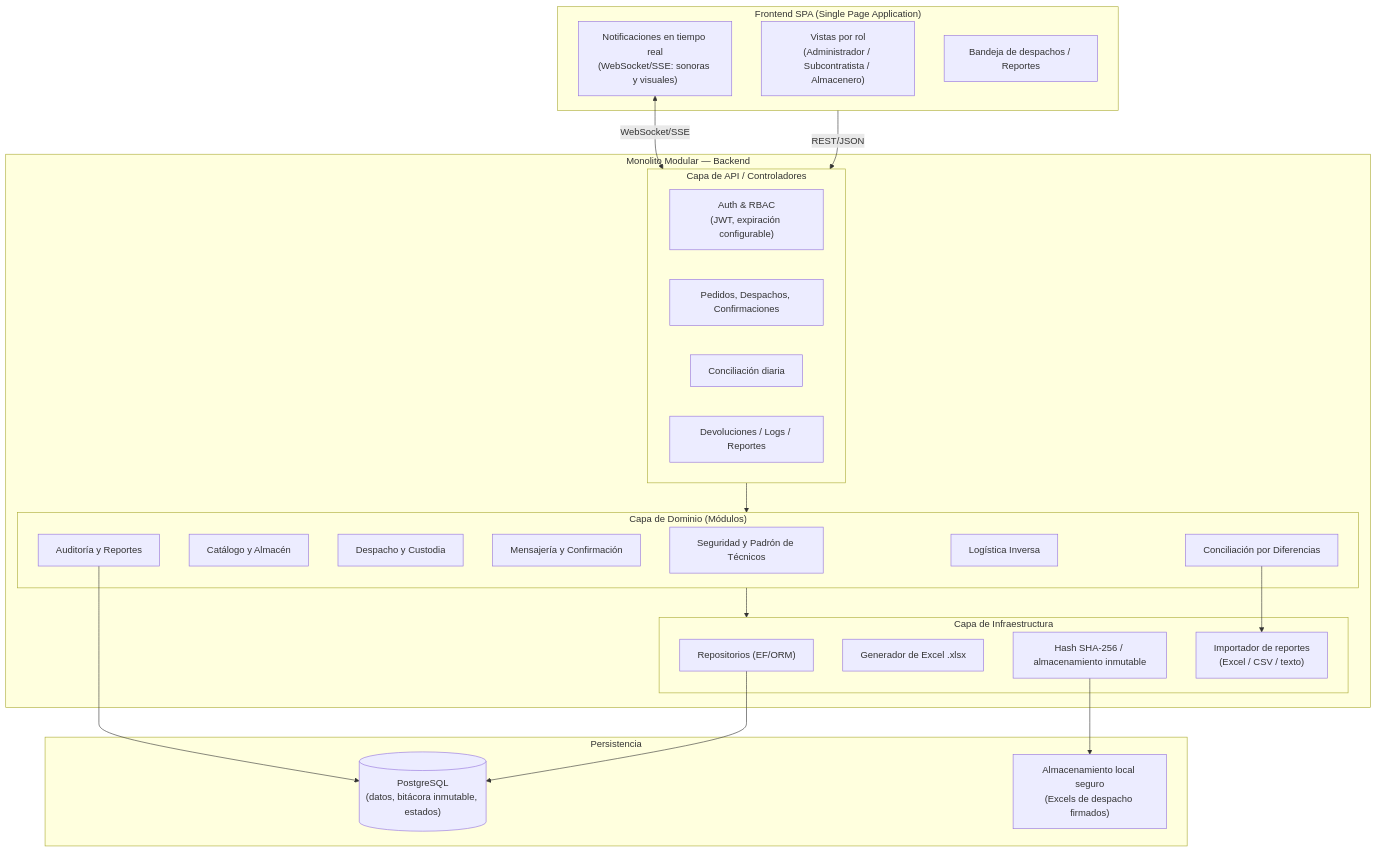
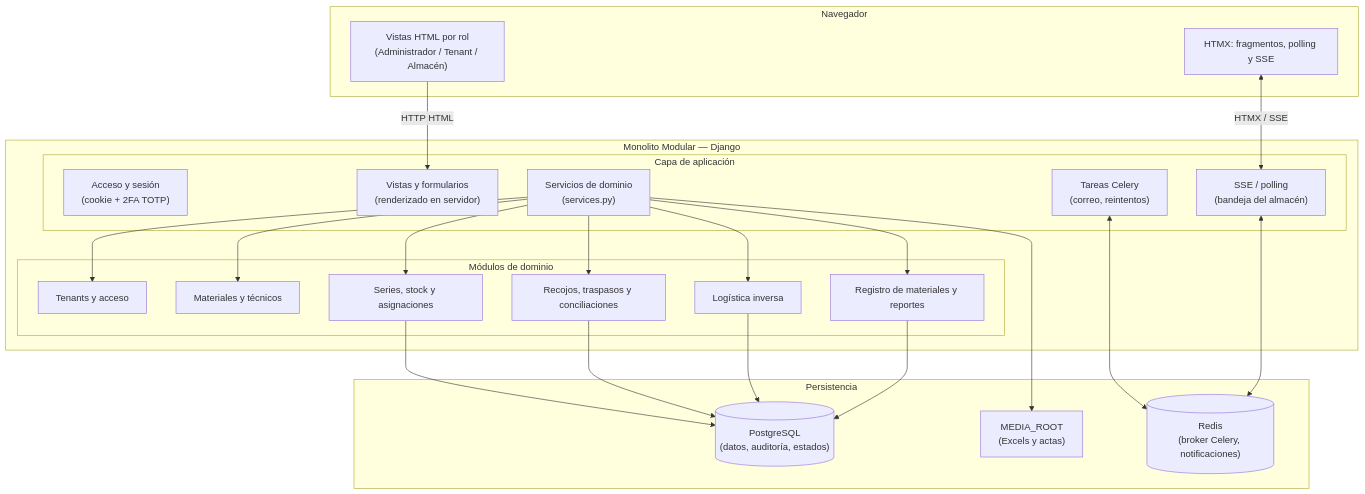
One commit to Klidsman/Lari_sistema-arquitSoft-02-Klidsman changed the diagram in docs/02-arquitectura-software/arquitectura.md. Above: the diagram before and after it, drawn with Mermaid. The commit also changed other lines of this file and 4 other files, not shown here.

````diff
--- a/docs/02-arquitectura-software/arquitectura.md
+++ b/docs/02-arquitectura-software/arquitectura.md
@@ -5,48 +5,48 @@
 ```mermaid
 flowchart TB
-    subgraph SPA["Frontend SPA (Single Page Application)"]
-        V1["Vistas por rol<br/>(Administrador / Subcontratista / Almacenero)"]
-        V2["Notificaciones en tiempo real<br/>(WebSocket/SSE: sonoras y visuales)"]
-        V3["Bandeja de despachos / Reportes"]
+    subgraph Cliente["Navegador"]
+        V1["Vistas HTML por rol<br/>(Administrador / Tenant / Almacén)"]
+        V2["HTMX: fragmentos, polling y SSE"]
     end
 
-    subgraph Monolito["Monolito Modular — Backend"]
-        subgraph API["Capa de API / Controladores"]
-            C1["Auth & RBAC<br/>(JWT, expiración configurable)"]
-            C2["Pedidos, Despachos, Confirmaciones"]
-            C3["Conciliación diaria"]
-            C4["Devoluciones / Logs / Reportes"]
+    subgraph Monolito["Monolito Modular — Django"]
+        subgraph Aplicacion["Capa de aplicación"]
+            C1["Acceso y sesión<br/>(cookie + 2FA TOTP)"]
+            C2["Vistas y formularios<br/>(renderizado en servidor)"]
+            C3["Servicios de dominio<br/>(services.py)"]
+            C4["Tareas Celery<br/>(correo, reintentos)"]
+            C5["SSE / polling<br/>(bandeja del almacén)"]
         end
 
-        subgraph Dominio["Capa de Dominio (Módulos)"]
-            M1["Seguridad y Padrón de Técnicos"]
-            M2["Catálogo y Almacén"]
-            M3["Despacho y Custodia"]
-            M4["Mensajería y Confirmación"]
-            M5["Conciliación por Diferencias"]
-            M6["Logística Inversa"]
-            M7["Auditoría y Reportes"]
-        end
-
-        subgraph Infra["Capa de Infraestructura"]
-            R1["Repositorios (EF/ORM)"]
-            R2["Generador de Excel .xlsx"]
-            R3["Hash SHA-256 / almacenamiento inmutable"]
-            R4["Importador de reportes<br/>(Excel / CSV / texto)"]
+        subgraph Dominio["Módulos de dominio"]
+            M1["Tenants y acceso"]
+            M2["Materiales y técnicos"]
+            M3["Series, stock y asignaciones"]
+            M4["Recojos, traspasos y conciliaciones"]
+            M5["Logística inversa"]
+            M6["Registro de materiales y reportes"]
         end
     end
 
     subgraph Persistencia["Persistencia"]
-        PG[("PostgreSQL<br/>(datos, bitácora inmutable, estados)")]
-        FS["Almacenamiento local seguro<br/>(Excels de despacho firmados)"]
+        PG[("PostgreSQL<br/>(datos, auditoría, estados)")]
+        RD[("Redis<br/>(broker Celery, notificaciones)")]
+        FS["MEDIA_ROOT<br/>(Excels y actas)"]
     end
 
-    SPA -->|REST/JSON| API
-    V2 <-->|WebSocket/SSE| API
-    API --> Dominio
-    Dominio --> Infra
-    R1 --> PG
-    R3 --> FS
-    M7 --> PG
-    M5 --> R4
+    V1 -->|HTTP HTML| C2
+    V2 <-->|HTMX / SSE| C5
+    C3 --> M1
+    C3 --> M2
+    C3 --> M3
+    C3 --> M4
+    C3 --> M5
+    C3 --> M6
+    C4 <--> RD
+    C5 <--> RD
+    M3 --> PG
+    M4 --> PG
+    M5 --> PG
+    M6 --> PG
+    C3 --> FS
 ```
````
